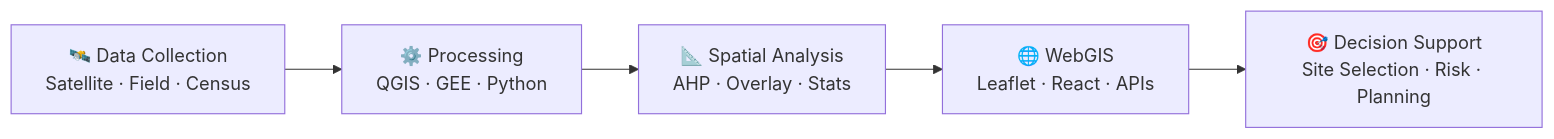
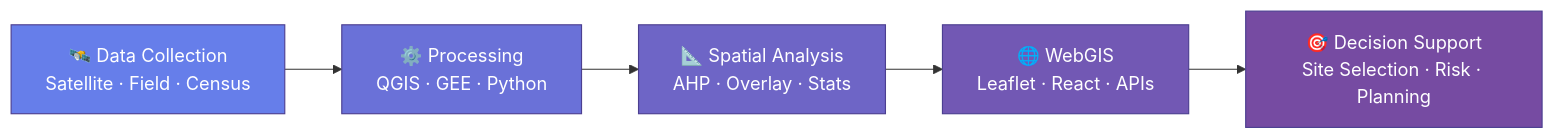
One commit to LeilaLHN/LeilaLHN changed the diagram in README.md. Above: the diagram before and after it, drawn with Mermaid. The commit also changed other lines of this file, not shown here.

````diff
--- a/README.md
+++ b/README.md
@@ -30,7 +14,13 @@
 ```mermaid
 flowchart LR
     A["🛰️ Data Collection<br/>Satellite · Field · Census"] --> B["⚙️ Processing<br/>QGIS · GEE · Python"]
     B --> C["📐 Spatial Analysis<br/>AHP · Overlay · Stats"]
     C --> D["🌐 WebGIS<br/>Leaflet · React · APIs"]
     D --> E["🎯 Decision Support<br/>Site Selection · Risk · Planning"]
+
+    style A fill:#667eea,stroke:#4c3f91,color:#fff
+    style B fill:#6a71d8,stroke:#4c3f91,color:#fff
+    style C fill:#6e65c6,stroke:#4c3f91,color:#fff
+    style D fill:#7258b4,stroke:#4c3f91,color:#fff
+    style E fill:#764ba2,stroke:#4c3f91,color:#fff
 ```
````
